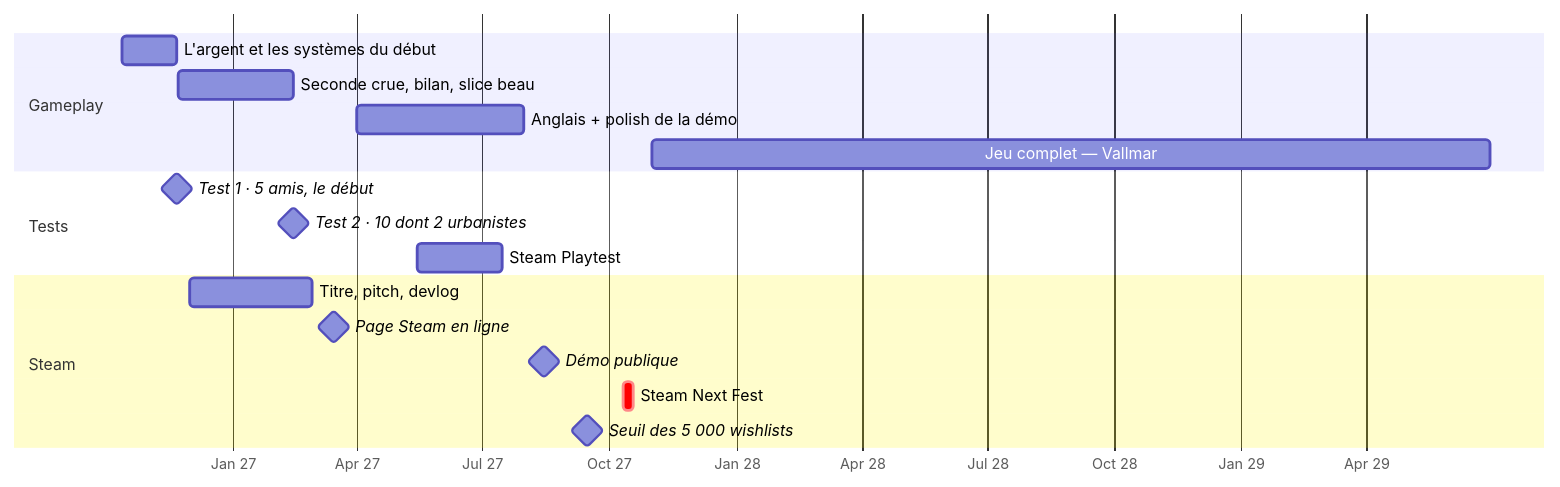
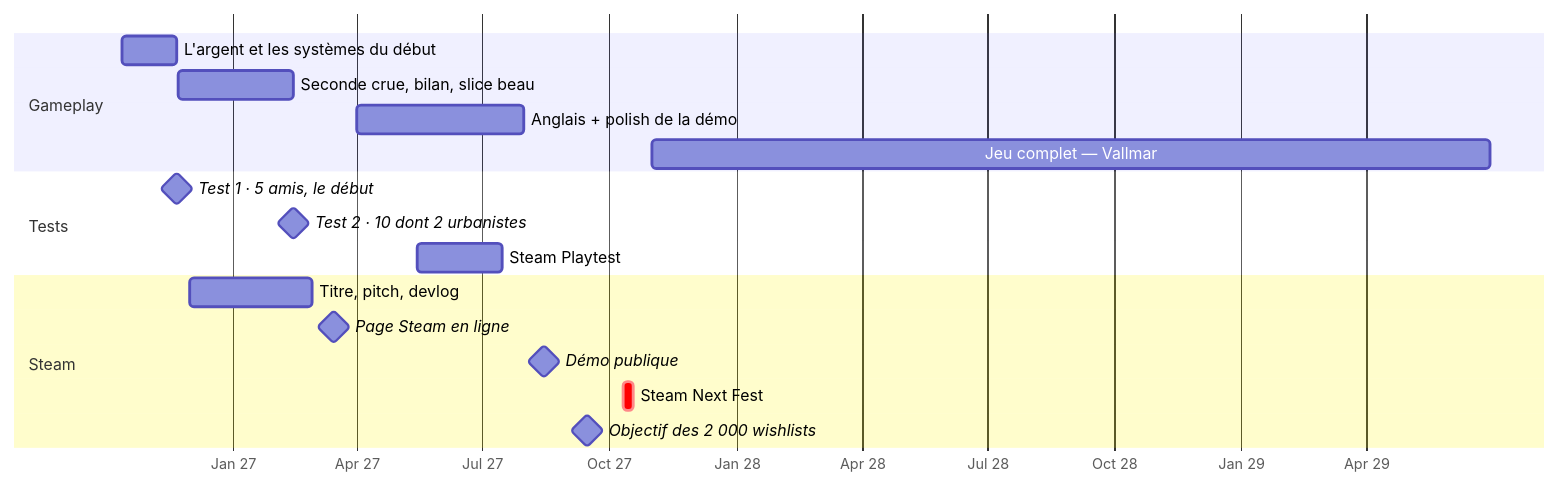
Before and after one commit to jan917-byte/city-builder: the diagram in Vault - Jeu urbanisme/Production/Feuille de route.md, drawn with Mermaid. The commit also changed other lines of this file and 4 other files, not shown here.

First line of the commit message:
vault: objectif de 2 000 wishlists avant le Next Fest, l'ancien seuil de 5 000 retiré

````diff
--- a/Vault - Jeu urbanisme/Production/Feuille de route.md
+++ b/Vault - Jeu urbanisme/Production/Feuille de route.md
@@ -25,20 +25,20 @@
 ```mermaid
 gantt
   dateFormat YYYY-MM-DD
   axisFormat %b %y
   section Gameplay
   L'argent et les systèmes du début :a1, 2026-10-13, 2026-11-22
   Seconde crue, bilan, slice beau   :a2, 2026-11-23, 2027-02-14
   Anglais + polish de la démo      :a3, 2027-04-01, 2027-07-31
   Jeu complet — Vallmar            :a4, 2027-11-01, 2029-06-30
   section Tests
   Test 1 · 5 amis, le début        :milestone, t1, 2026-11-22, 0d
   Test 2 · 10 dont 2 urbanistes    :milestone, t2, 2027-02-14, 0d
   Steam Playtest                   :t3, 2027-05-15, 2027-07-15
   section Steam
   Titre, pitch, devlog             :m1, 2026-12-01, 2027-02-28
   Page Steam en ligne              :milestone, m2, 2027-03-15, 0d
   Démo publique                    :milestone, m3, 2027-08-15, 0d
   Steam Next Fest                  :crit, m4, 2027-10-11, 7d
-  Seuil des 5 000 wishlists        :milestone, m5, 2027-09-15, 0d
+  Objectif des 2 000 wishlists     :milestone, m5, 2027-09-15, 0d
 ```
````
